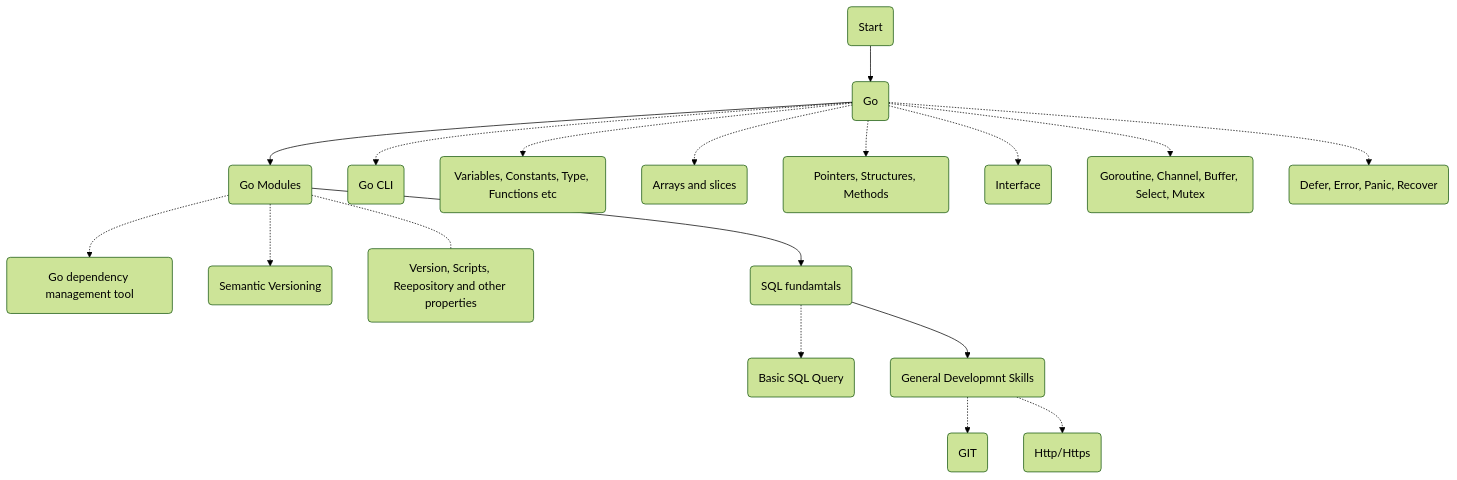
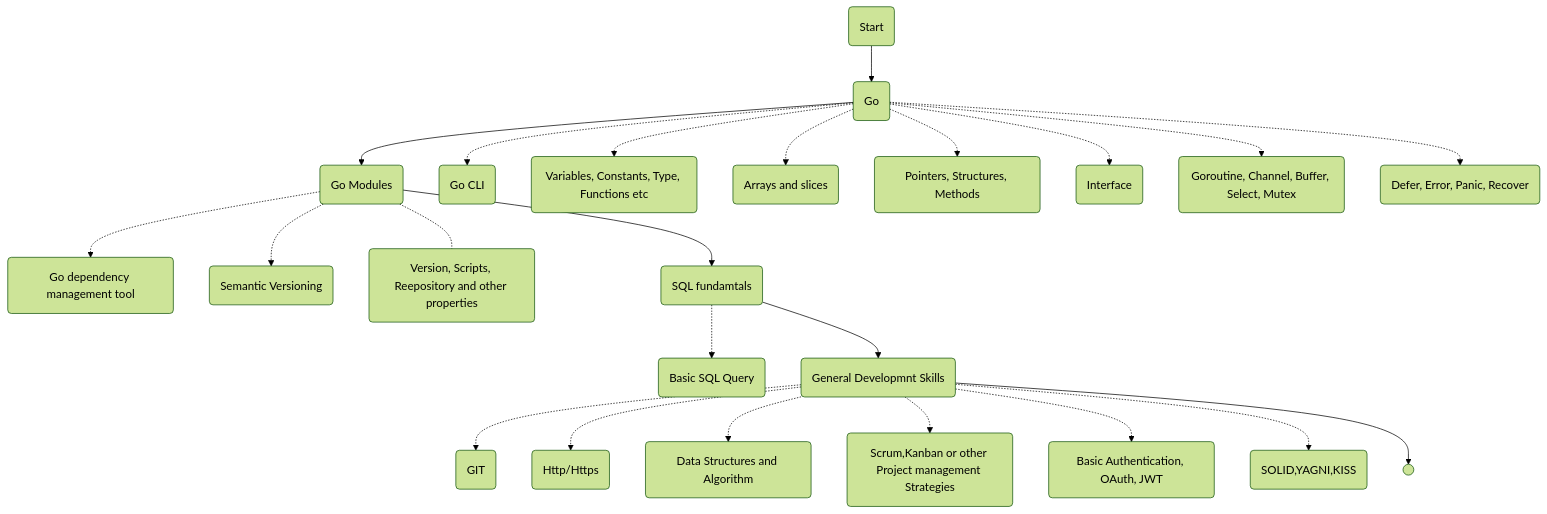
The diagram in README.md (AliAkberAakash/golang-roadmap), drawn with Mermaid (forest theme) before and after one commit.

````diff
--- a/README.md
+++ b/README.md
@@ -3,20 +3,26 @@
 ```mermaid
 graph TD;
     start(Start)-->A(Go)
     A-->B(Go Modules)
     A-.->A1(Go CLI)
     A-.->A2(Variables, Constants, Type, Functions etc)
     A-.->A3(Arrays and slices)
     A-.->A4(Pointers, Structures, Methods)
     A-.->A5(Interface)
     A-.->A6(Goroutine, Channel, Buffer, Select, Mutex)
     A-.->A7(Defer, Error, Panic, Recover)
     B-.->B1(Go dependency management tool)
     B-.->B2(Semantic Versioning)
     B-.-B3(Version, Scripts, Reepository and other properties)
     B-->C(SQL fundamtals)
     C-.->C1(Basic SQL Query)
     C-->D(General Developmnt Skills)
     D-.->D1(GIT)
     D-.->D2(Http/Https)
+    D-.->D3(Data Structures and Algorithm)
+    D-.->D4(Scrum,Kanban or other Project management Strategies)
+    D-.->D5(Basic Authentication, OAuth, JWT)
+    D-.->D6(SOLID,YAGNI,KISS)
+    D-->E0(( ))
+
 ```
````
